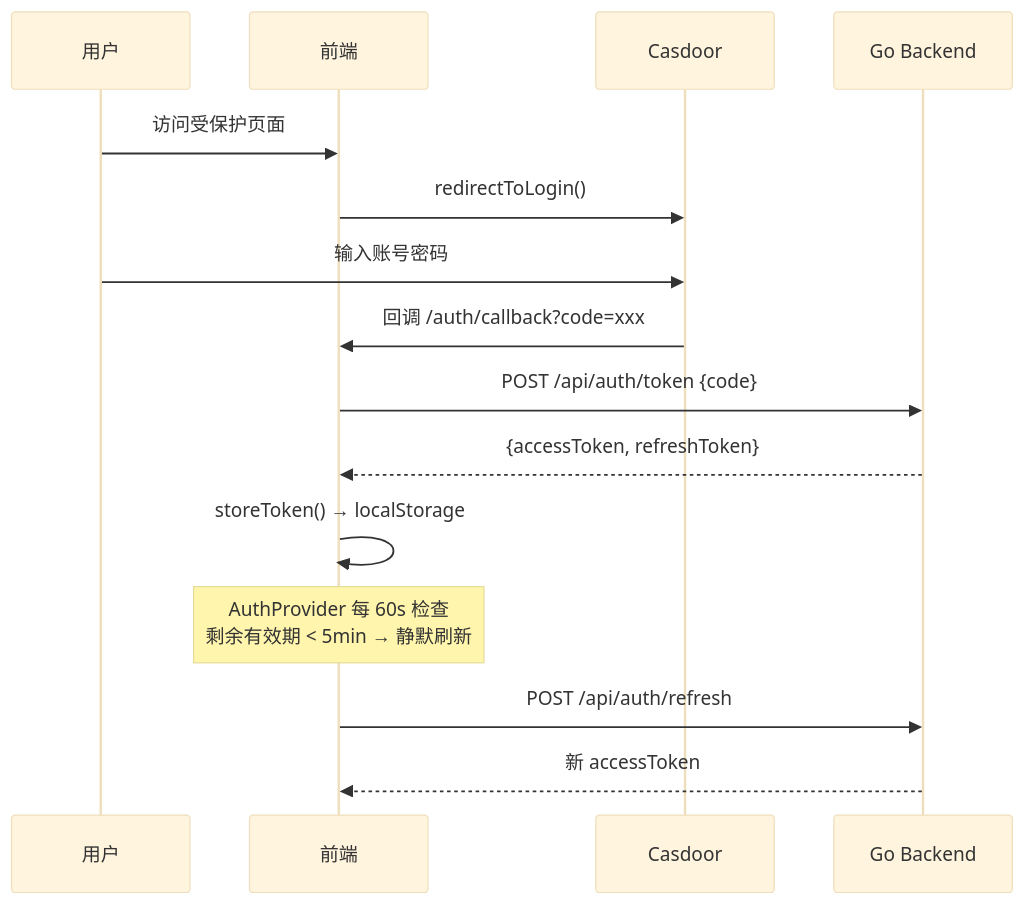
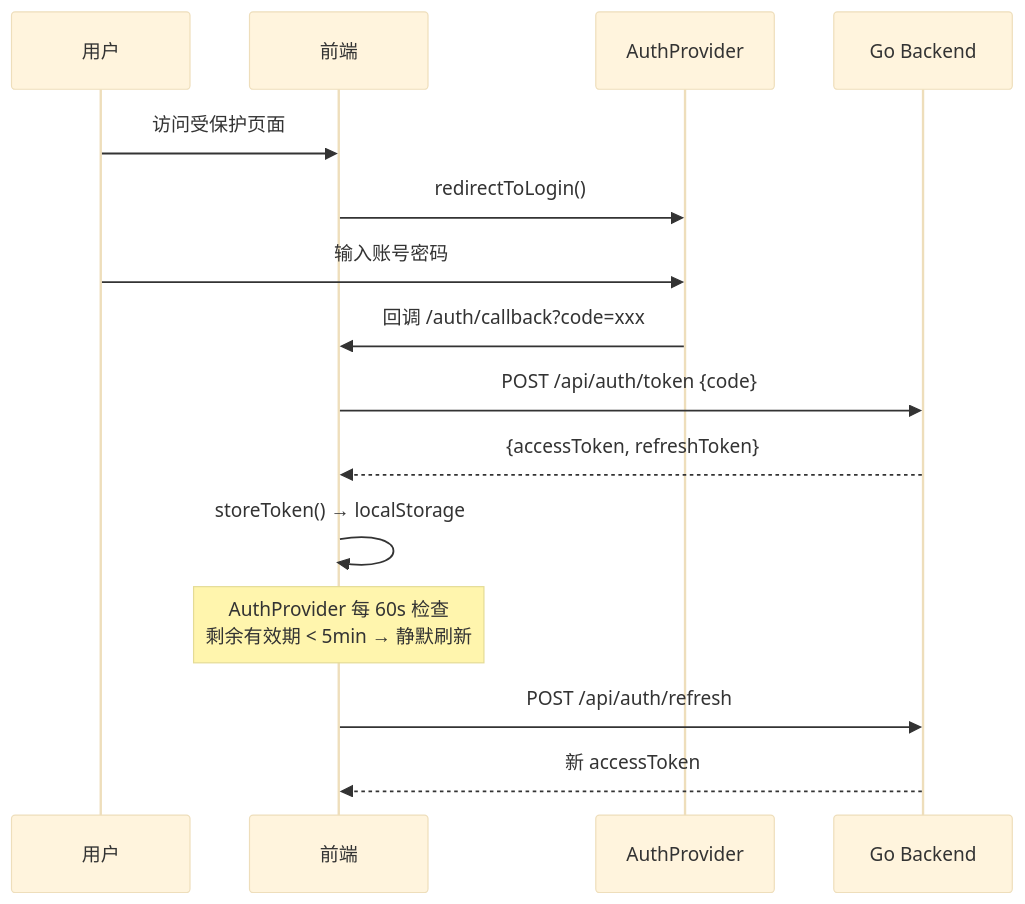
One commit to luker1228/modelcraft changed the second of 2 diagrams in ai-metadata/front/development/architecture.md. Above: the diagram before and after it, drawn with Mermaid (base theme). The commit also changed other lines of this file and 52 other files, not shown here.

Commit message:
docs: 将认证提供者名称从 Casdoor 重命名为 AuthProvider

````diff
--- a/ai-metadata/front/development/architecture.md
+++ b/ai-metadata/front/development/architecture.md
@@ -157,18 +157,18 @@
 ```mermaid
 sequenceDiagram
     participant U as 用户
     participant F as 前端
-    participant C as Casdoor
+    participant C as AuthProvider
     participant B as Go Backend
 
     U->>F: 访问受保护页面
     F->>C: redirectToLogin()
     U->>C: 输入账号密码
     C->>F: 回调 /auth/callback?code=xxx
     F->>B: POST /api/auth/token {code}
     B-->>F: {accessToken, refreshToken}
     F->>F: storeToken() → localStorage
     Note over F: AuthProvider 每 60s 检查<br/>剩余有效期 < 5min → 静默刷新
     F->>B: POST /api/auth/refresh
     B-->>F: 新 accessToken
 ```
````
